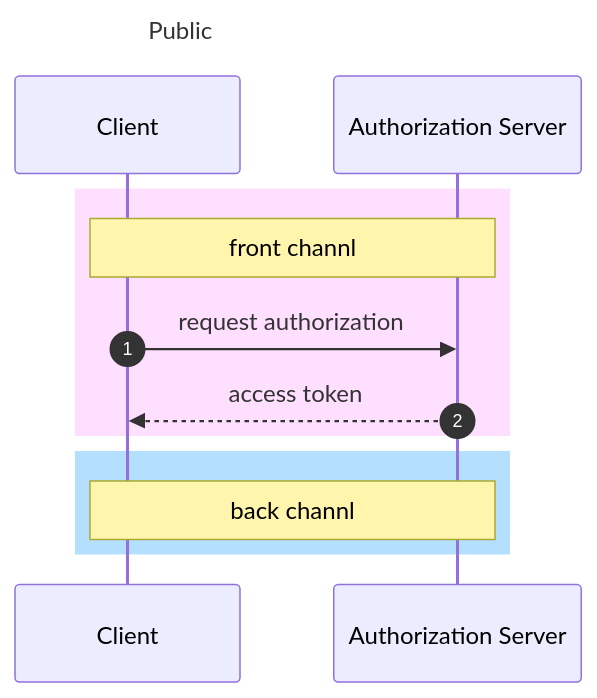
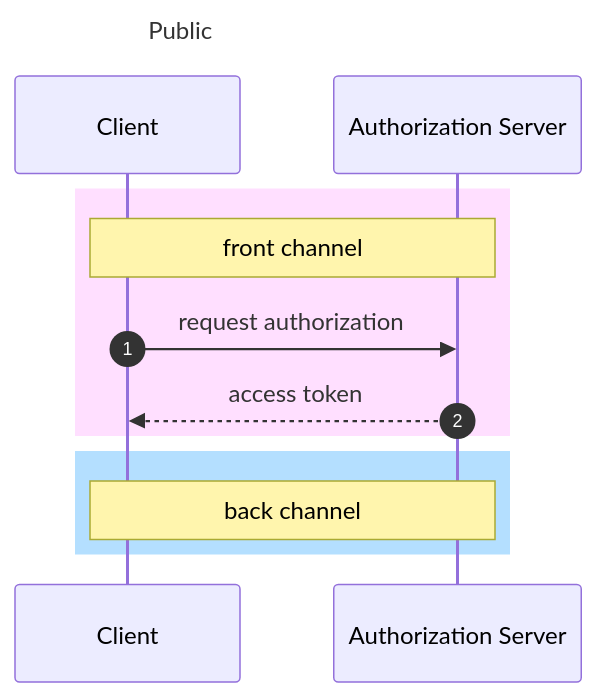
Before and after one commit to nooose/spring-security: the third of 4 diagrams in README.md, drawn with Mermaid. The commit also changed other lines of this file, not shown here.

````diff
--- a/README.md
+++ b/README.md
@@ -193,16 +196,16 @@
 ```mermaid
 sequenceDiagram
     title Public
     autonumber
     participant C as Client
     participant S as Authorization Server
 
     rect rgb(255, 223, 255)
-    note over C, S: front channl
+    note over C, S: front channel
     C->>S: request authorization
     S-->>C: access token
     end
     rect rgb(180, 223, 255)
-    note over C, S: back channl
+    note over C, S: back channel
     end
 ```
````
